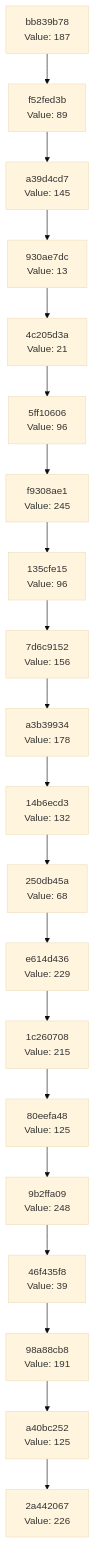
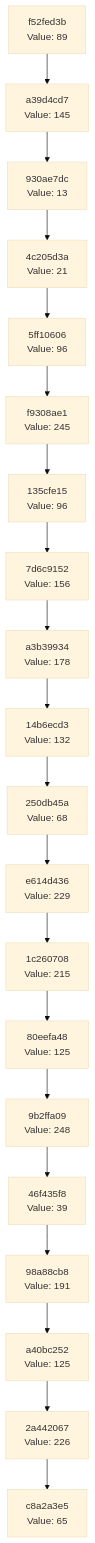
One commit to Abhisheksinha1506/hash-chain-evolver changed the diagram in docs/CHAIN_VISUALIZATION.md. Above: the diagram before and after it, drawn with Mermaid (base theme). The commit also changed 2 other files, not shown here.

Commit message:
Evolution step: hash 0x41 → action executed

````diff
--- a/docs/CHAIN_VISUALIZATION.md
+++ b/docs/CHAIN_VISUALIZATION.md
@@ -3,42 +3,42 @@
 ```mermaid
 graph TD
-    C0["2a442067<br/>Value: 226"]
-    C1["a40bc252<br/>Value: 125"]
+    C0["c8a2a3e5<br/>Value: 65"]
+    C1["2a442067<br/>Value: 226"]
     C1 --> C0
-    C2["98a88cb8<br/>Value: 191"]
+    C2["a40bc252<br/>Value: 125"]
     C2 --> C1
-    C3["46f435f8<br/>Value: 39"]
+    C3["98a88cb8<br/>Value: 191"]
     C3 --> C2
-    C4["9b2ffa09<br/>Value: 248"]
+    C4["46f435f8<br/>Value: 39"]
     C4 --> C3
-    C5["80eefa48<br/>Value: 125"]
+    C5["9b2ffa09<br/>Value: 248"]
     C5 --> C4
-    C6["1c260708<br/>Value: 215"]
+    C6["80eefa48<br/>Value: 125"]
     C6 --> C5
-    C7["e614d436<br/>Value: 229"]
+    C7["1c260708<br/>Value: 215"]
     C7 --> C6
-    C8["250db45a<br/>Value: 68"]
+    C8["e614d436<br/>Value: 229"]
     C8 --> C7
-    C9["14b6ecd3<br/>Value: 132"]
+    C9["250db45a<br/>Value: 68"]
     C9 --> C8
-    C10["a3b39934<br/>Value: 178"]
+    C10["14b6ecd3<br/>Value: 132"]
     C10 --> C9
-    C11["7d6c9152<br/>Value: 156"]
+    C11["a3b39934<br/>Value: 178"]
     C11 --> C10
-    C12["135cfe15<br/>Value: 96"]
+    C12["7d6c9152<br/>Value: 156"]
     C12 --> C11
-    C13["f9308ae1<br/>Value: 245"]
+    C13["135cfe15<br/>Value: 96"]
     C13 --> C12
-    C14["5ff10606<br/>Value: 96"]
+    C14["f9308ae1<br/>Value: 245"]
     C14 --> C13
-    C15["4c205d3a<br/>Value: 21"]
+    C15["5ff10606<br/>Value: 96"]
     C15 --> C14
-    C16["930ae7dc<br/>Value: 13"]
+    C16["4c205d3a<br/>Value: 21"]
     C16 --> C15
-    C17["a39d4cd7<br/>Value: 145"]
+    C17["930ae7dc<br/>Value: 13"]
     C17 --> C16
-    C18["f52fed3b<br/>Value: 89"]
+    C18["a39d4cd7<br/>Value: 145"]
     C18 --> C17
-    C19["bb839b78<br/>Value: 187"]
+    C19["f52fed3b<br/>Value: 89"]
     C19 --> C18
 ```
````
